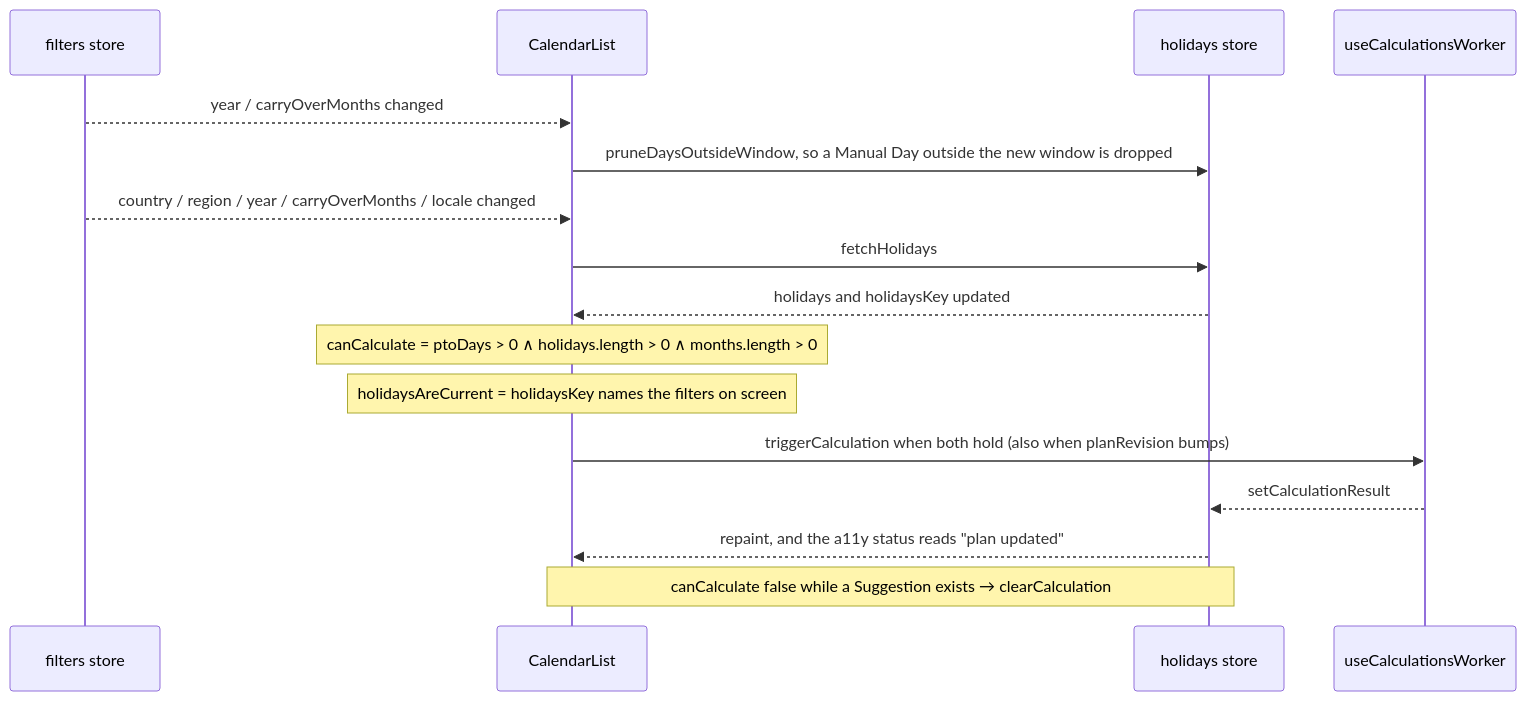
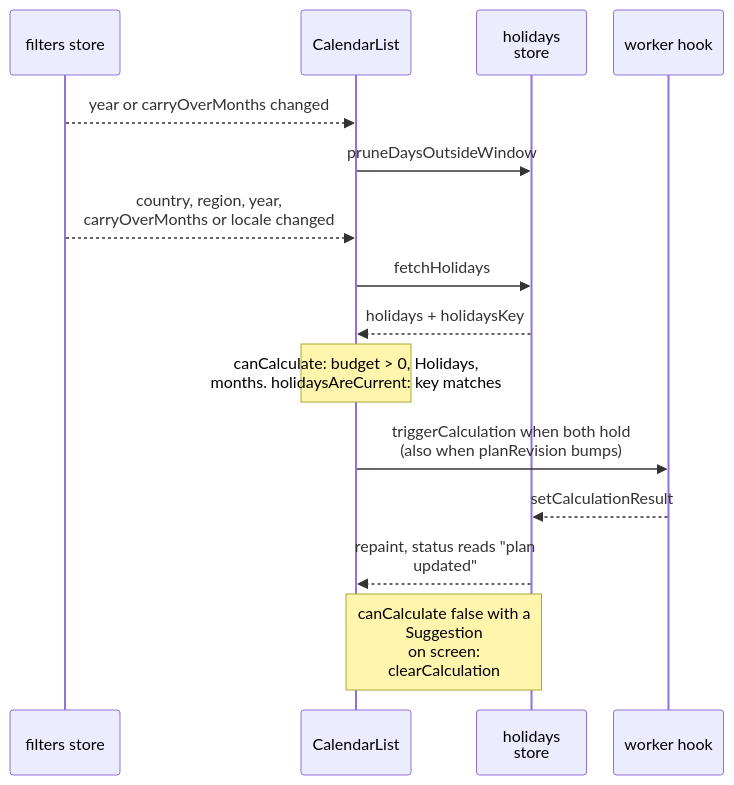
One commit to fbuireu/forever-pto changed the second of 2 diagrams in apps/docs/src/content/docs/how-it-works/planner-ui.mdx. Above: the diagram before and after it, drawn with Mermaid. The commit also changed other lines of this file and 16 other files, not shown here.

First line of the commit message:
docs(docs): fix how-it-works drift and rework the diagrams to read at column width

````diff
--- a/apps/docs/src/content/docs/how-it-works/planner-ui.mdx
+++ b/apps/docs/src/content/docs/how-it-works/planner-ui.mdx
@@ -67,23 +62,26 @@
 ```mermaid
 ---
 config:
   look: handDrawn
   layout: dagre
+  sequence:
+    wrap: true
+    width: 110
+    actorMargin: 20
 ---
 sequenceDiagram
   participant F as filters store
   participant CL as CalendarList
   participant H as holidays store
-  participant W as useCalculationsWorker
-  F-->>CL: year / carryOverMonths changed
-  CL->>H: pruneDaysOutsideWindow, so a Manual Day outside the new window is dropped
-  F-->>CL: country / region / year / carryOverMonths / locale changed
+  participant W as worker hook
+  F-->>CL: year or carryOverMonths changed
+  CL->>H: pruneDaysOutsideWindow
+  F-->>CL: country, region, year,<br/>carryOverMonths or locale changed
   CL->>H: fetchHolidays
-  H-->>CL: holidays and holidaysKey updated
-  Note over CL: canCalculate = ptoDays > 0 ∧ holidays.length > 0 ∧ months.length > 0
-  Note over CL: holidaysAreCurrent = holidaysKey names the filters on screen
-  CL->>W: triggerCalculation when both hold (also when planRevision bumps)
+  H-->>CL: holidays + holidaysKey
+  Note over CL: canCalculate: budget > 0, Holidays,<br/>months. holidaysAreCurrent: key matches
+  CL->>W: triggerCalculation when both hold<br/>(also when planRevision bumps)
   W-->>H: setCalculationResult
-  H-->>CL: repaint, and the a11y status reads "plan updated"
-  Note over CL,H: canCalculate false while a Suggestion exists → clearCalculation
+  H-->>CL: repaint, status reads "plan updated"
+  Note over CL,H: canCalculate false with a Suggestion<br/>on screen: clearCalculation
 ```
````
